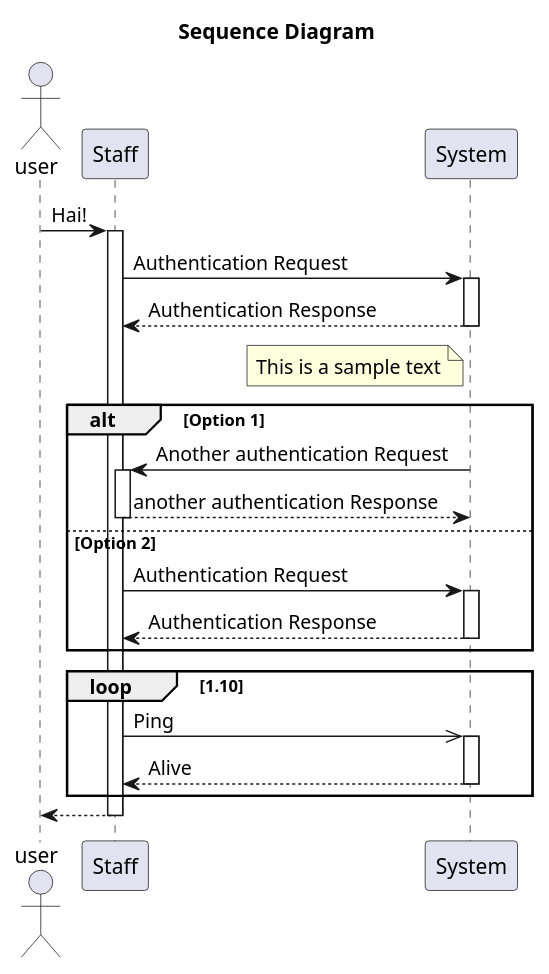
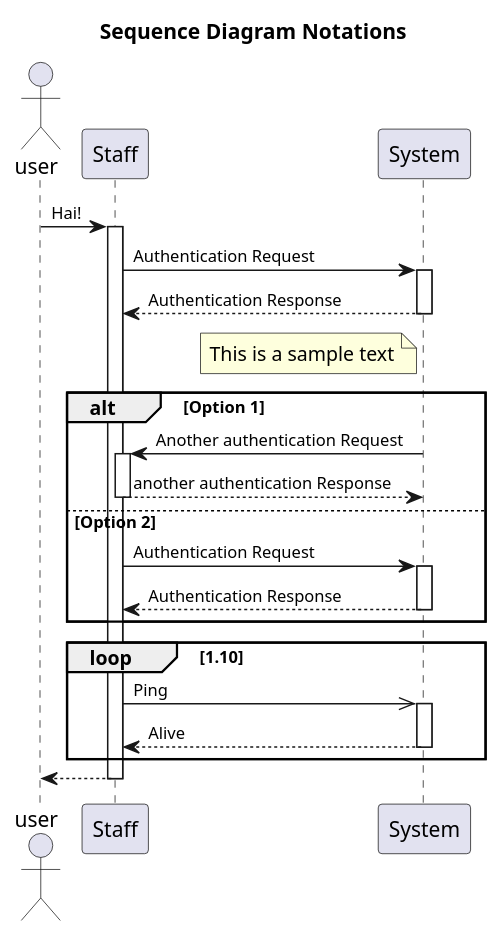
Before and after one commit to eLetterBank/appsvc: the diagram in diagrams/sd.puml, drawn with PlantUML. The commit also changed 15 other files, not shown here.

```diff
--- a/diagrams/sd.puml
+++ b/diagrams/sd.puml
@@ -1,44 +1,52 @@
 @startuml
-title Sequence Diagram
+title Sequence Diagram Notations
 
 actor user
 participant Staff as Alice
 participant System as Bob
 
+skinparam sequence {
+    ActorFontName Arial
+    ActorFontSize 11
 
+    ParticipantFontName Arial
+    ParticipantFontSize 11
 
+    ArrowFontName Arial
+    ArrowFontSize 11
+}
 
 user -> Alice: Hai!
 activate Alice
 
 Alice->Bob: Authentication Request
 activate Bob
 Bob-->Alice: Authentication Response
 deactivate Bob
 
 note left of Bob
     This is a sample text
 end note
 
 alt Option 1
     Bob->Alice: Another authentication Request
     activate Alice
     Bob <-- Alice: another authentication Response
     deactivate Alice
 else Option 2
     Alice->Bob: Authentication Request
     activate Bob
     Bob-->Alice: Authentication Response
     deactivate Bob
 end alt
 
 loop 1.10
     Alice->>Bob: Ping
     activate Bob
     Bob-->Alice: Alive
     deactivate Bob
 end loop
 
 Alice-->user
 deactivate Alice
 @enduml
```
